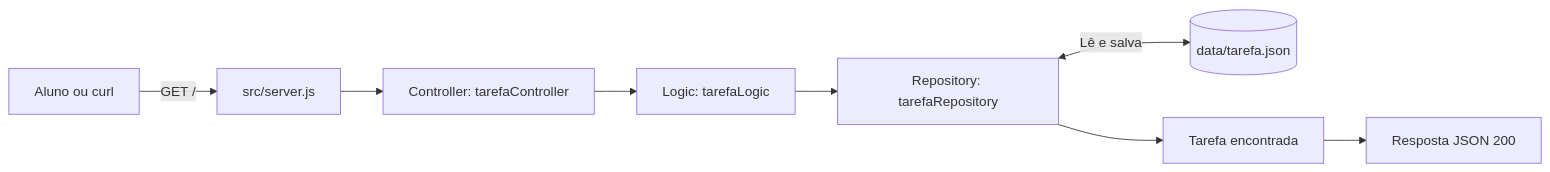
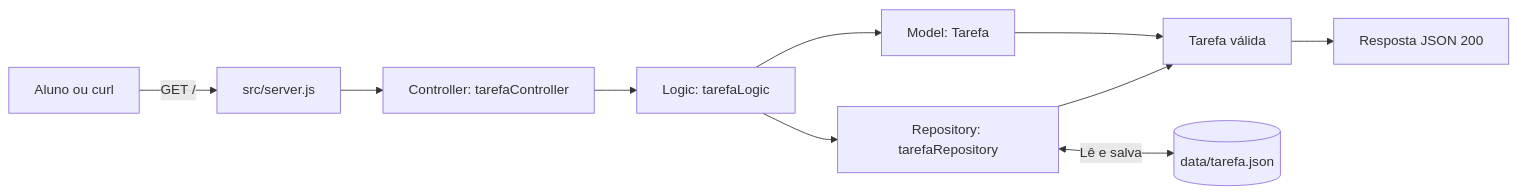
One commit to williambarrilli/api-desenvolvimento changed the diagram in README.md. Above: the diagram before and after it, drawn with Mermaid. The commit also changed other lines of this file and 4 other files, not shown here.

````diff
--- a/README.md
+++ b/README.md
@@ -12,10 +12,12 @@
 ```mermaid
 flowchart LR
     cliente["Aluno ou curl"] -->|"GET /"| servidor["src/server.js"]
     servidor --> controller["Controller: tarefaController"]
     controller --> logic["Logic: tarefaLogic"]
+    logic --> model["Model: Tarefa"]
     logic --> repository["Repository: tarefaRepository"]
+    model --> resultado["Tarefa válida"]
     repository <-->|"Lê e salva"| arquivo[("data/tarefa.json")]
-    repository --> resultado["Tarefa encontrada"]
+    repository --> resultado
     resultado --> resposta["Resposta JSON 200"]
 ```
````
